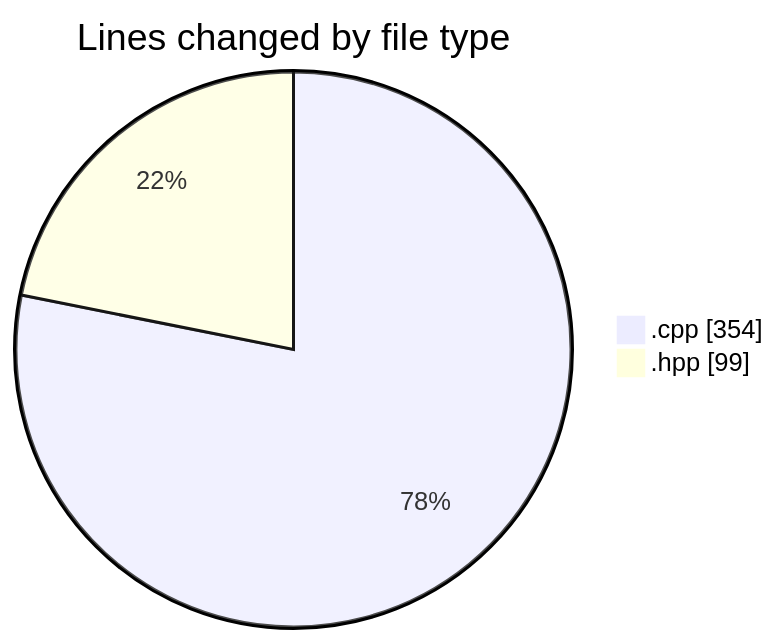
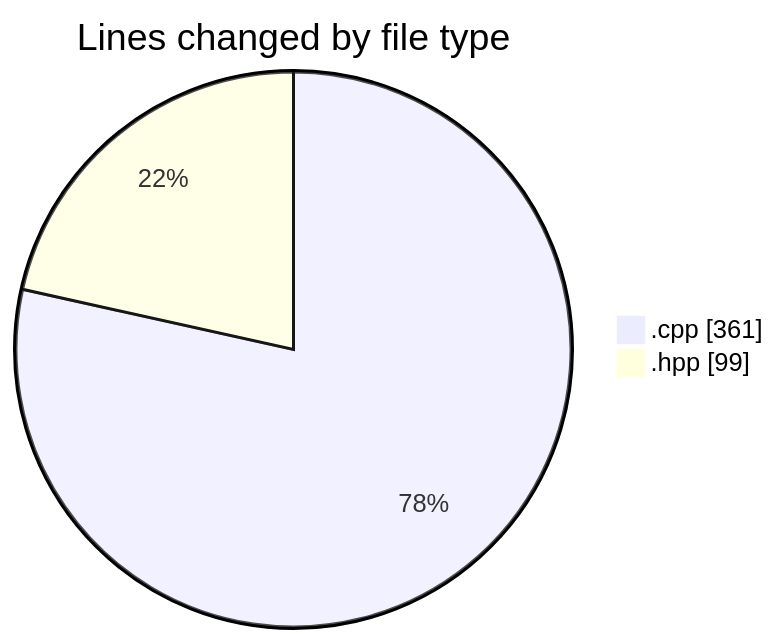
The first of 2 diagrams in 2025-04-24/echo/README.md (Netris89/code-tracking), drawn with Mermaid before and after one commit. The commit also changed other lines of this file and 1 other file, not shown here.

````diff
--- a/2025-04-24/echo/README.md
+++ b/2025-04-24/echo/README.md
@@ -21,6 +21,6 @@
 ```mermaid
 pie showData
 title Lines changed by file type
-".cpp" : 354
+".cpp" : 361
 ".hpp" : 99
 ```
````
